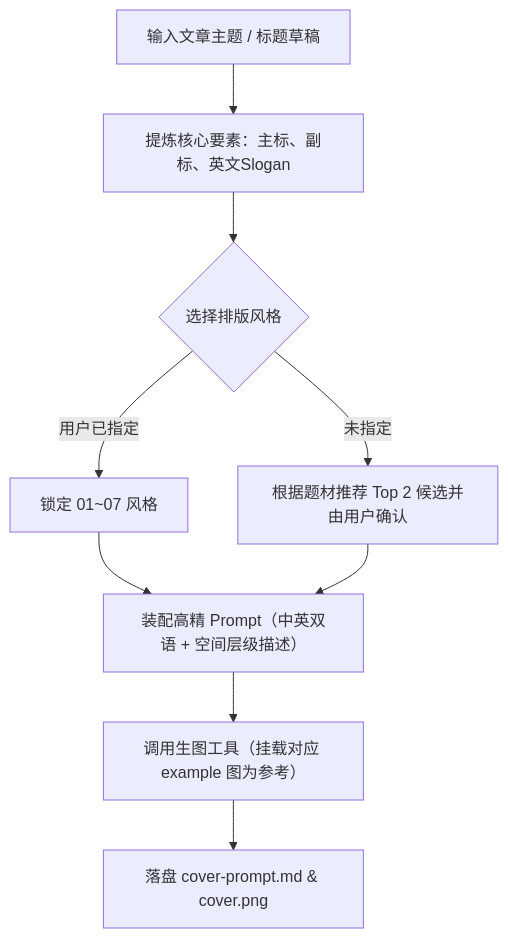
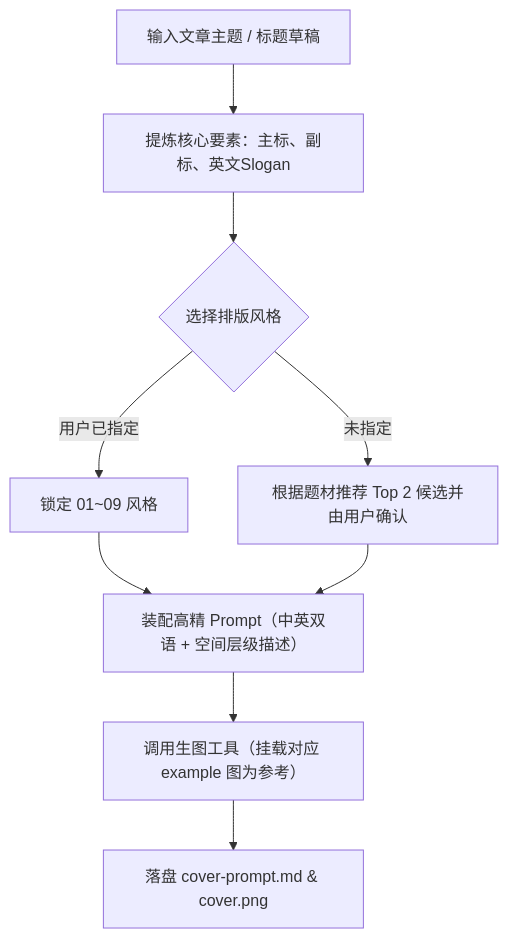
The diagram in SKILL.md (fxzer/typography-cover-designer), drawn with Mermaid before and after one commit. The commit also changed other lines of this file and 11 other files, not shown here.

````diff
--- a/SKILL.md
+++ b/SKILL.md
@@ -48,11 +50,11 @@
 ```mermaid
 flowchart TD
     A["输入文章主题 / 标题草稿"] --> B["提炼核心要素：主标、副标、英文Slogan"]
     B --> C{"选择排版风格"}
-    C -->|用户已指定| D["锁定 01~07 风格"]
+    C -->|用户已指定| D["锁定 01~09 风格"]
     C -->|未指定| E["根据题材推荐 Top 2 候选并由用户确认"]
     D --> F["装配高精 Prompt（中英双语 + 空间层级描述）"]
     E --> F
     F --> G["调用生图工具（挂载对应 example 图为参考）"]
     G --> H["落盘 cover-prompt.md & cover.png"]
 ```
````
